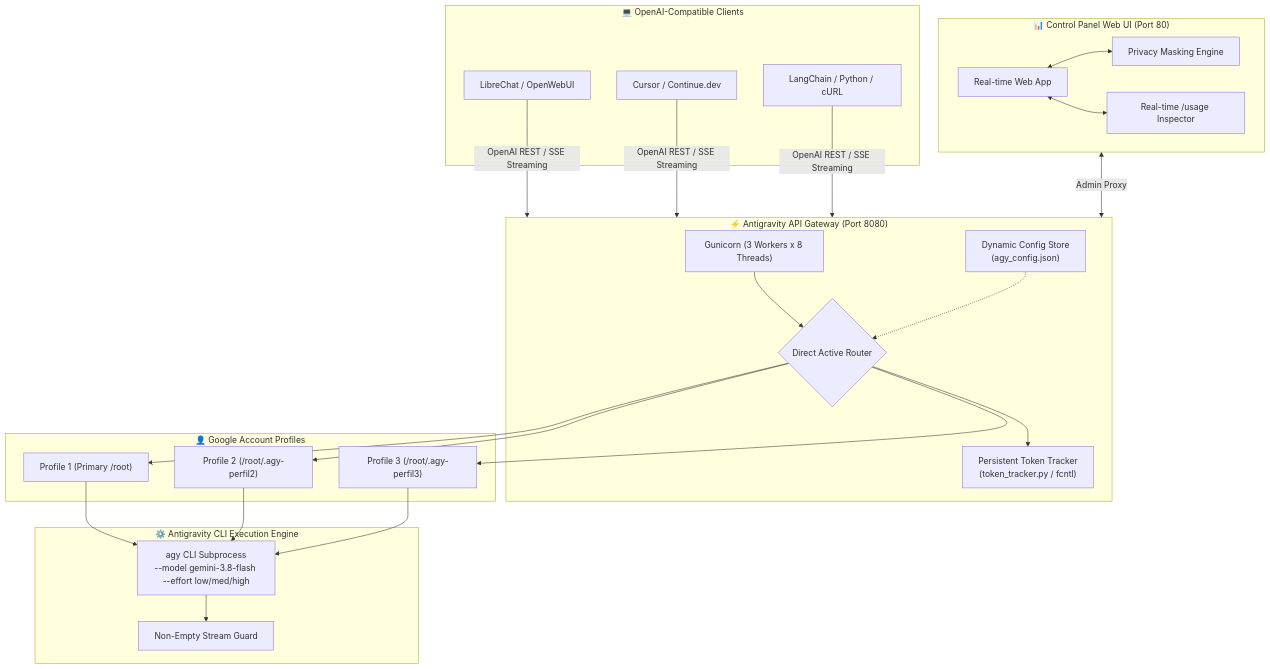
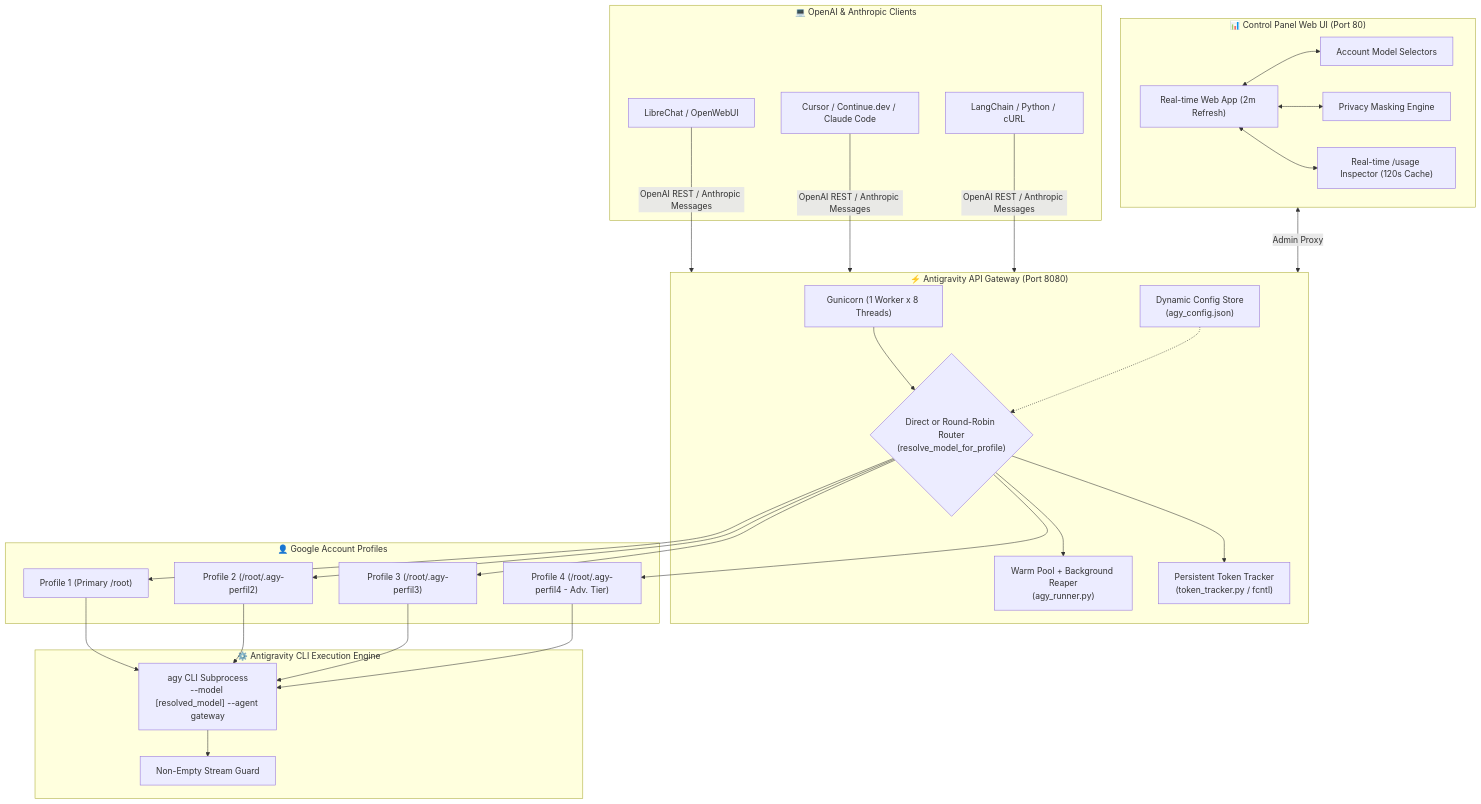
One commit to marceloasl99/antigravity-api-dashboard changed the diagram in README.md. Above: the diagram before and after it, drawn with Mermaid. The commit also changed other lines of this file, not shown here.

Commit message:
docs(v4.0): comprehensive README update for v4.0 architecture, multi-tier profiles, and RAM/CPU metrics

````diff
--- a/README.md
+++ b/README.md
@@ -193,42 +192,46 @@
 ```mermaid
 flowchart TD
-    subgraph Clients ["💻 OpenAI-Compatible Clients"]
+    subgraph Clients ["💻 OpenAI & Anthropic Clients"]
         C1["LibreChat / OpenWebUI"]
-        C2["Cursor / Continue.dev"]
+        C2["Cursor / Continue.dev / Claude Code"]
         C3["LangChain / Python / cURL"]
     end
 
     subgraph Gateway ["⚡ Antigravity API Gateway (Port 8080)"]
-        G1["Gunicorn (3 Workers x 8 Threads)"]
+        G1["Gunicorn (1 Worker x 8 Threads)"]
         Config["Dynamic Config Store<br/>(agy_config.json)"]
-        Router{"Direct Active Router"}
+        Router{"Direct or Round-Robin Router<br/>(resolve_model_for_profile)"}
+        Pool["Warm Pool + Background Reaper<br/>(agy_runner.py)"]
         Tracker["Persistent Token Tracker<br/>(token_tracker.py / fcntl)"]
         
         G1 --> Router
         Config -.-> Router
+        Router --> Pool
         Router --> Tracker
     end
 
     subgraph Accounts ["👤 Google Account Profiles"]
         P1["Profile 1 (Primary /root)"]
         P2["Profile 2 (/root/.agy-perfil2)"]
         P3["Profile 3 (/root/.agy-perfil3)"]
+        P4["Profile 4 (/root/.agy-perfil4 - Adv. Tier)"]
     end
 
     subgraph Execution ["⚙️ Antigravity CLI Execution Engine"]
-        CLI["agy CLI Subprocess<br/>--model gemini-3.8-flash --effort low/med/high"]
+        CLI["agy CLI Subprocess<br/>--model [resolved_model] --agent gateway"]
         Safe["Non-Empty Stream Guard"]
     end
 
     subgraph Dashboard ["📊 Control Panel Web UI (Port 80)"]
-        UI["Real-time Web App"]
+        UI["Real-time Web App (2m Refresh)"]
+        Selector["Account Model Selectors"]
         Privacy["Privacy Masking Engine"]
-        Quotas["Real-time /usage Inspector"]
-        UI <--> Privacy & Quotas
+        Quotas["Real-time /usage Inspector (120s Cache)"]
+        UI <--> Selector & Privacy & Quotas
     end
 
-    C1 & C2 & C3 -->|OpenAI REST / SSE Streaming| Gateway
-    Router --> P1 & P2 & P3
-    P1 & P2 & P3 --> CLI --> Safe
+    C1 & C2 & C3 -->|OpenAI REST / Anthropic Messages| Gateway
+    Router --> P1 & P2 & P3 & P4
+    P1 & P2 & P3 & P4 --> CLI --> Safe
     Dashboard <-->|Admin Proxy| Gateway
 ```
````
